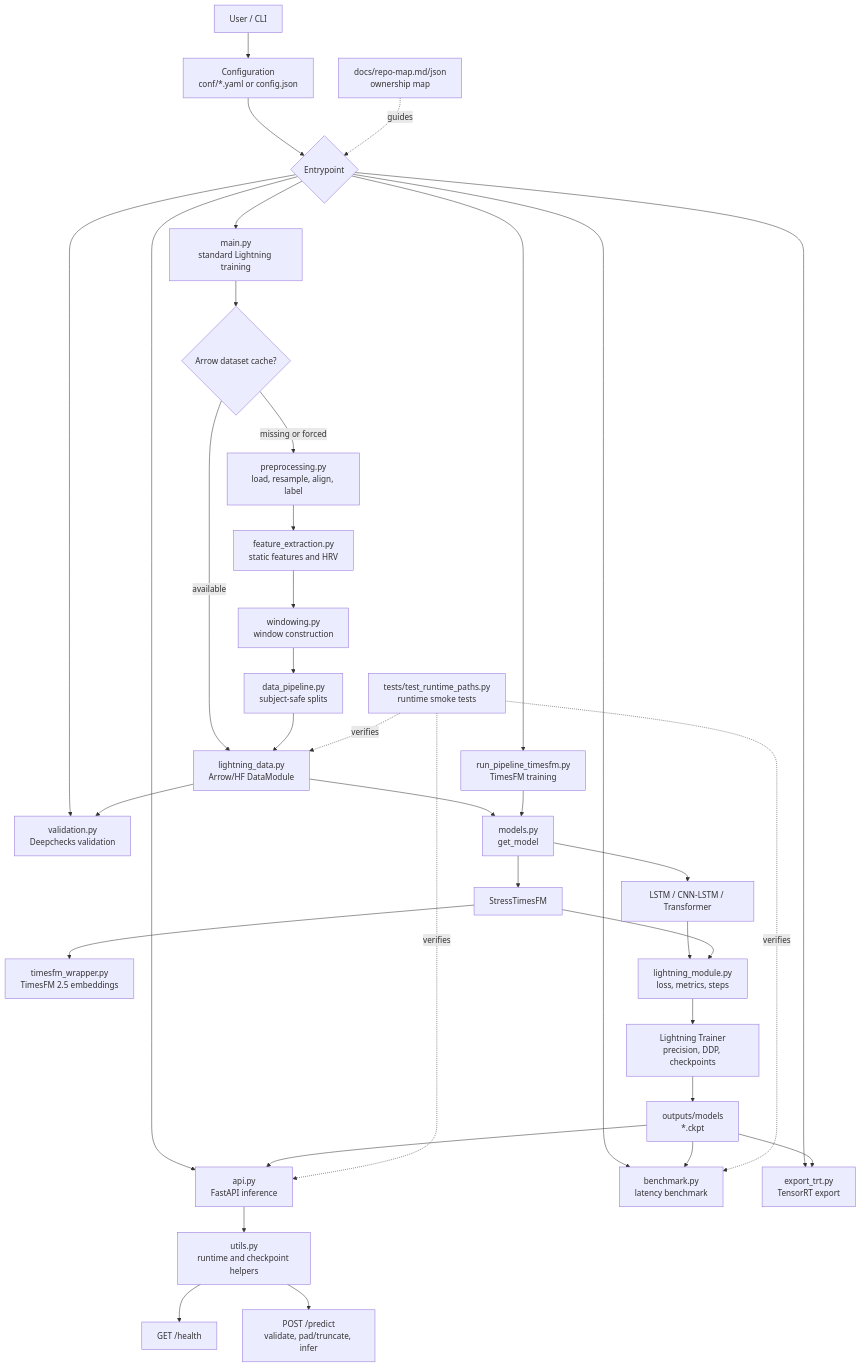
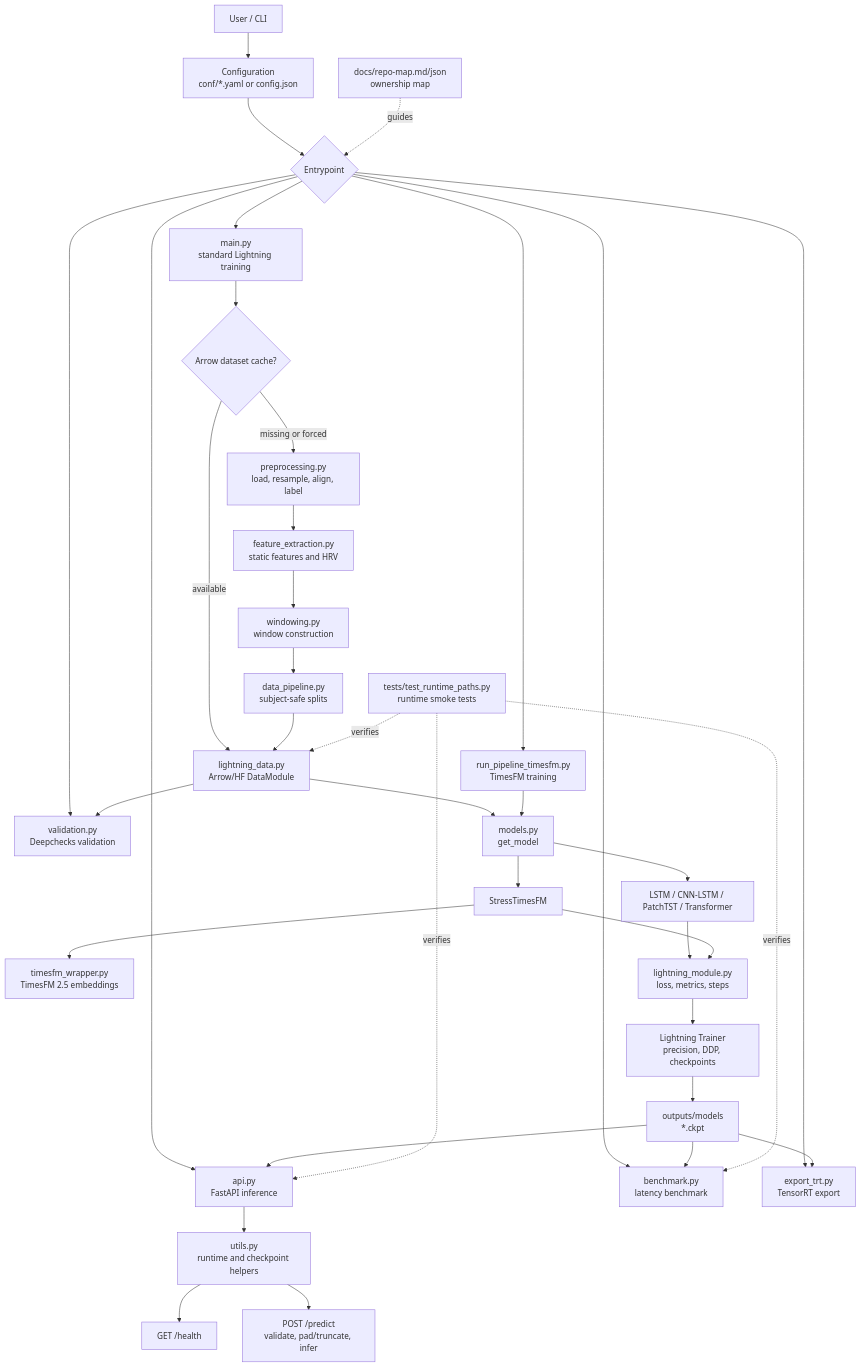
One commit to bharathvbcr/Stress_Project changed the diagram in README.md. Above: the diagram before and after it, drawn with Mermaid. The commit also changed other lines of this file and 21 other files, not shown here.

````diff
--- a/README.md
+++ b/README.md
@@ -82,45 +82,45 @@
 ```mermaid
 flowchart TD
   User["User / CLI"] --> Config["Configuration<br/>conf/*.yaml or config.json"]
   Config --> Entrypoint{"Entrypoint"}
 
   Entrypoint --> Train["main.py<br/>standard Lightning training"]
   Entrypoint --> TimesFMTrain["run_pipeline_timesfm.py<br/>TimesFM training"]
   Entrypoint --> Service["api.py<br/>FastAPI inference"]
   Entrypoint --> Bench["benchmark.py<br/>latency benchmark"]
   Entrypoint --> Export["export_trt.py<br/>TensorRT export"]
   Entrypoint --> Validate["validation.py<br/>Deepchecks validation"]
 
   Train --> Cache{"Arrow dataset cache?"}
   Cache -- "missing or forced" --> Preprocess["preprocessing.py<br/>load, resample, align, label"]
   Preprocess --> Features["feature_extraction.py<br/>static features and HRV"]
   Features --> Windows["windowing.py<br/>window construction"]
   Windows --> Splits["data_pipeline.py<br/>subject-safe splits"]
   Cache -- "available" --> DataModule["lightning_data.py<br/>Arrow/HF DataModule"]
   Splits --> DataModule
 
   DataModule --> ModelFactory["models.py<br/>get_model"]
   TimesFMTrain --> ModelFactory
-  ModelFactory --> Classical["LSTM / CNN-LSTM / Transformer"]
+  ModelFactory --> Classical["LSTM / CNN-LSTM / PatchTST / Transformer"]
   ModelFactory --> TimesFM["StressTimesFM"]
   TimesFM --> TimesFMWrapper["timesfm_wrapper.py<br/>TimesFM 2.5 embeddings"]
 
   Classical --> Lightning["lightning_module.py<br/>loss, metrics, steps"]
   TimesFM --> Lightning
   Lightning --> Trainer["Lightning Trainer<br/>precision, DDP, checkpoints"]
   Trainer --> Checkpoints["outputs/models<br/>*.ckpt"]
 
   Checkpoints --> Service
   Service --> Runtime["utils.py<br/>runtime and checkpoint helpers"]
   Runtime --> Health["GET /health"]
   Runtime --> Predict["POST /predict<br/>validate, pad/truncate, infer"]
 
   Checkpoints --> Export
   Checkpoints --> Bench
   DataModule --> Validate
 
   RepoMap["docs/repo-map.md/json<br/>ownership map"] -. guides .-> Entrypoint
   Tests["tests/test_runtime_paths.py<br/>runtime smoke tests"] -. verifies .-> DataModule
   Tests -. verifies .-> Service
   Tests -. verifies .-> Bench
 ```
````
